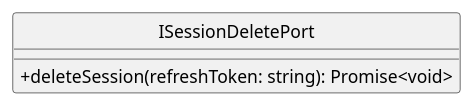
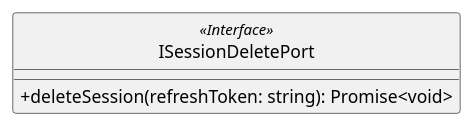
One commit to SkarabGroup/DocumentazioneProgetto changed the diagram in assets/st_diagrams/code/plantuml/account/application/ports/ISessionDelete.port.plantuml. Above: the diagram before and after it, drawn with PlantUML. The commit also changed 107 other files, not shown here.

Commit message:
Fixed all diagrams with interfaces

```diff
--- a/assets/st_diagrams/code/plantuml/account/application/ports/ISessionDelete.port.plantuml
+++ b/assets/st_diagrams/code/plantuml/account/application/ports/ISessionDelete.port.plantuml
@@ -1,14 +1,14 @@
 @startuml ISessionDeletePort
 
 skinparam componentStyle uml2.5
 skinparam linetype ortho
 skinparam nodesep auto
 skinparam ranksep 70
 skinparam ClassAttributeIconSize 0
 hide circles
 
-class ISessionDeletePort {
+class ISessionDeletePort <<Interface>> {
     + deleteSession(refreshToken: string): Promise<void>
 }
 
 @enduml
```
